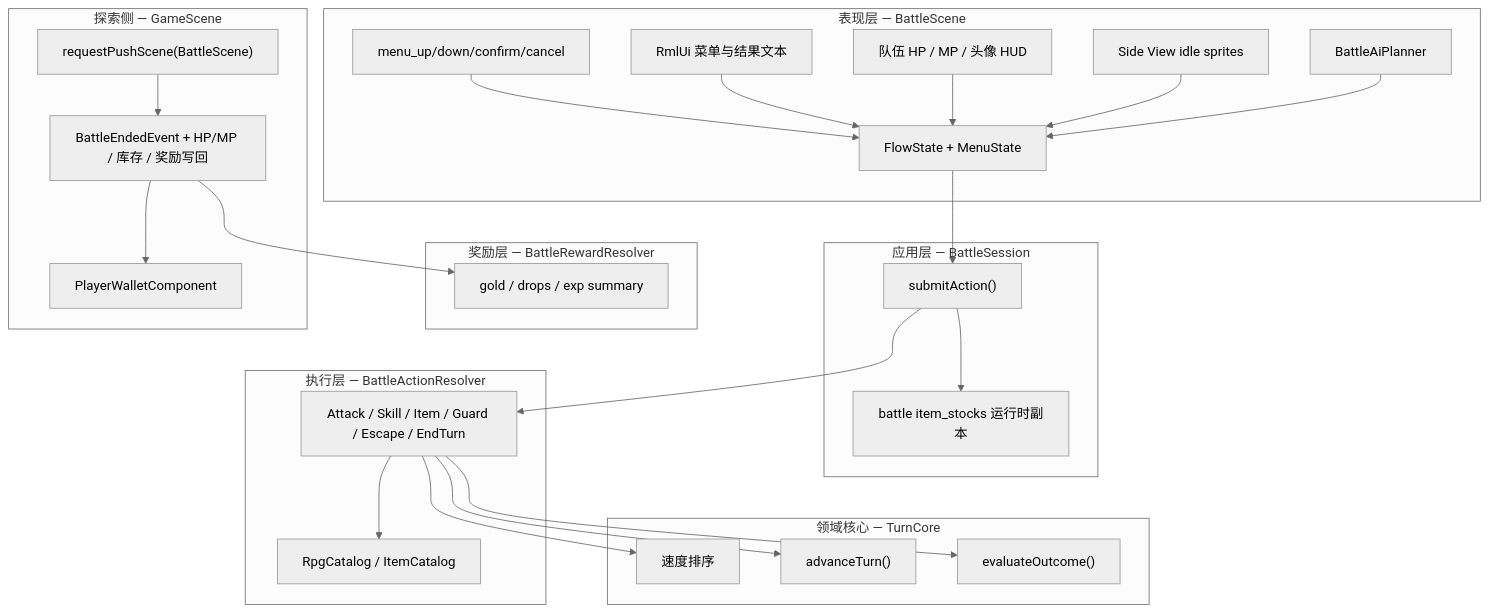
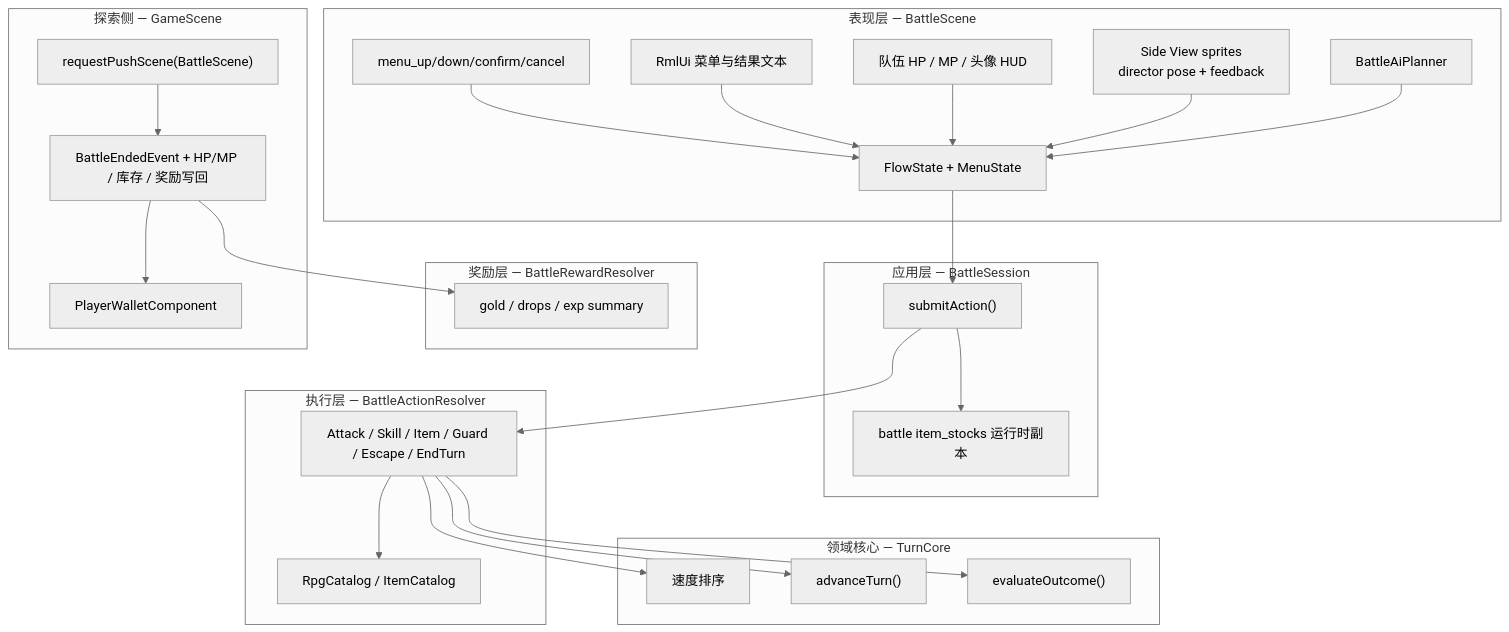
Before and after one commit to WispSnow/TinyFarmRPG: the first of 8 diagrams in docs/gameplay/turn-based-battle.md, drawn with Mermaid (neutral theme). The commit also changed other lines of this file and 15 other files, not shown here.

````diff
--- a/docs/gameplay/turn-based-battle.md
+++ b/docs/gameplay/turn-based-battle.md
@@ -26,53 +26,53 @@
 ```mermaid
 graph TD
     subgraph "表现层 — BattleScene"
         UI["RmlUi 菜单与结果文本"]
         HUD["队伍 HP / MP / 头像 HUD"]
-        SPRITE["Side View idle sprites"]
+        SPRITE["Side View sprites<br/>director pose + feedback"]
         FSM["FlowState + MenuState"]
         INPUT["menu_up/down/confirm/cancel"]
         AI["BattleAiPlanner"]
     end
 
     subgraph "应用层 — BattleSession"
         SESSION["submitAction()"]
         STOCKS["battle item_stocks 运行时副本"]
     end
 
     subgraph "执行层 — BattleActionResolver"
         RESOLVE["Attack / Skill / Item / Guard / Escape / EndTurn"]
         CATALOG["RpgCatalog / ItemCatalog"]
     end
 
     subgraph "奖励层 — BattleRewardResolver"
         REWARD["gold / drops / exp summary"]
     end
 
     subgraph "领域核心 — TurnCore"
         ORDER["速度排序"]
         ADV["advanceTurn()"]
         OUTCOME["evaluateOutcome()"]
     end
 
     subgraph "探索侧 — GameScene"
         PUSH["requestPushScene(BattleScene)"]
         WRITEBACK["BattleEndedEvent + HP/MP / 库存 / 奖励写回"]
         WALLET["PlayerWalletComponent"]
     end
 
     INPUT --> FSM
     UI --> FSM
     HUD --> FSM
     SPRITE --> FSM
     AI --> FSM
     FSM --> SESSION
     SESSION --> STOCKS
     SESSION --> RESOLVE
     RESOLVE --> CATALOG
     RESOLVE --> ORDER
     RESOLVE --> ADV
     RESOLVE --> OUTCOME
     WRITEBACK --> REWARD
     WRITEBACK --> WALLET
     PUSH --> WRITEBACK
 ```
````
